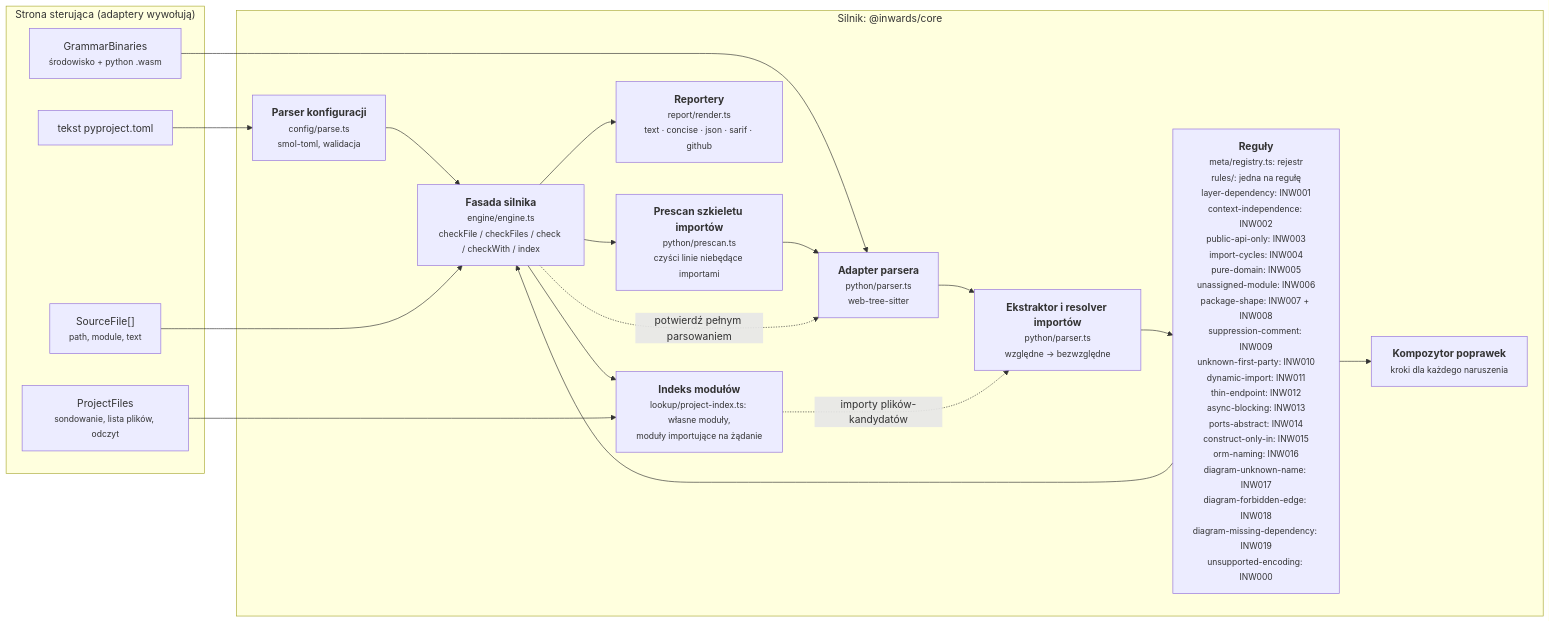
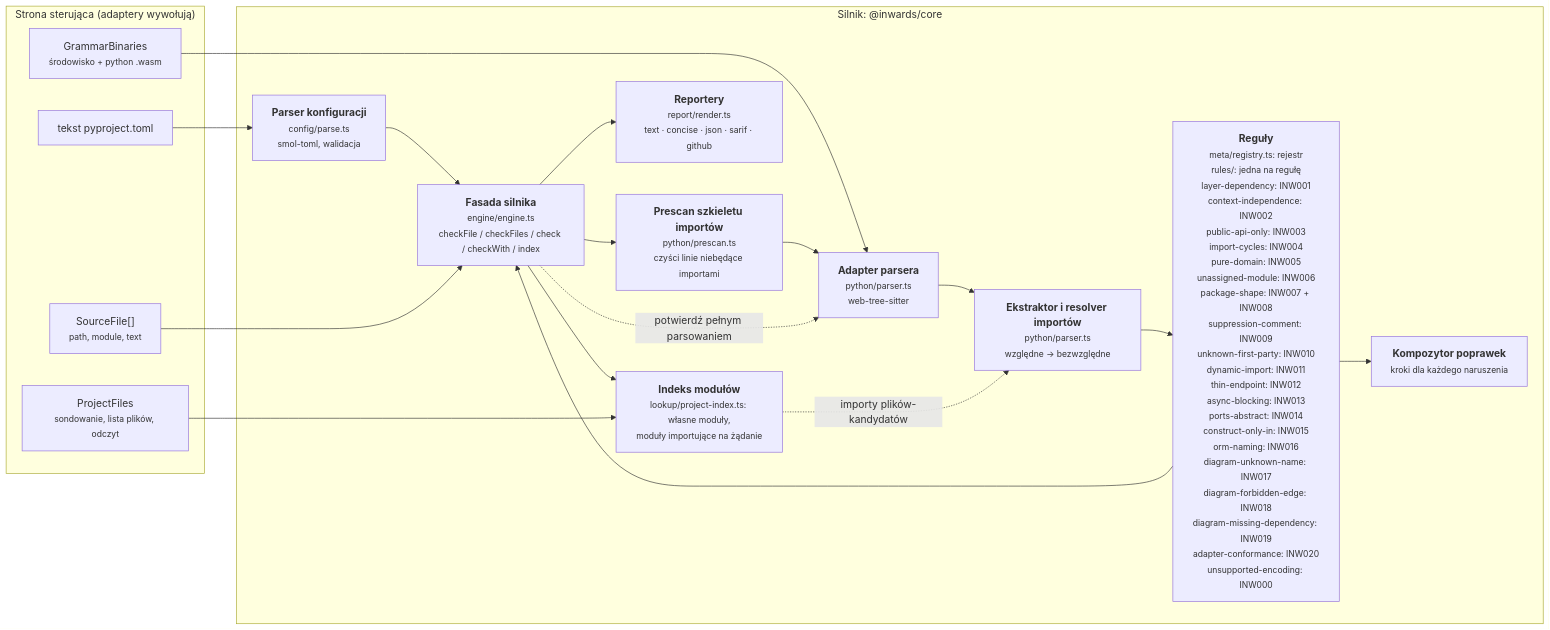
One commit to SirCypkowskyy/inwards changed the third of 6 diagrams in docs/pl/03-Architecture-C4.md. Above: the diagram before and after it, drawn with Mermaid. The commit also changed other lines of this file and 34 other files, not shown here.

````diff
--- a/docs/pl/03-Architecture-C4.md
+++ b/docs/pl/03-Architecture-C4.md
@@ -110,33 +110,33 @@
 ```mermaid
 flowchart LR
     subgraph driving["Strona sterująca (adaptery wywołują)"]
         files["SourceFile[]<br/><small>path, module, text</small>"]
         cfgtext["tekst pyproject.toml"]
         wasm["GrammarBinaries<br/><small>środowisko + python .wasm</small>"]
         pfiles["ProjectFiles<br/><small>sondowanie, lista plików, odczyt</small>"]
     end
 
     subgraph enginebox["Silnik: @inwards/core"]
         config["<b>Parser konfiguracji</b><br/><small>config/parse.ts<br/>smol-toml, walidacja</small>"]
         pre["<b>Prescan szkieletu importów</b><br/><small>python/prescan.ts<br/>czyści linie niebędące importami</small>"]
         parser["<b>Adapter parsera</b><br/><small>python/parser.ts<br/>web-tree-sitter</small>"]
         extract["<b>Ekstraktor i resolver importów</b><br/><small>python/parser.ts<br/>względne → bezwzględne</small>"]
-        rules["<b>Reguły</b><br/><small>meta/registry.ts: rejestr<br/>rules/: jedna na regułę<br/>layer-dependency: INW001<br/>context-independence: INW002<br/>public-api-only: INW003<br/>import-cycles: INW004<br/>pure-domain: INW005<br/>unassigned-module: INW006<br/>package-shape: INW007 + INW008<br/>suppression-comment: INW009<br/>unknown-first-party: INW010<br/>dynamic-import: INW011<br/>thin-endpoint: INW012<br/>async-blocking: INW013<br/>ports-abstract: INW014<br/>construct-only-in: INW015<br/>orm-naming: INW016<br/>diagram-unknown-name: INW017<br/>diagram-forbidden-edge: INW018<br/>diagram-missing-dependency: INW019<br/>unsupported-encoding: INW000</small>"]
+        rules["<b>Reguły</b><br/><small>meta/registry.ts: rejestr<br/>rules/: jedna na regułę<br/>layer-dependency: INW001<br/>context-independence: INW002<br/>public-api-only: INW003<br/>import-cycles: INW004<br/>pure-domain: INW005<br/>unassigned-module: INW006<br/>package-shape: INW007 + INW008<br/>suppression-comment: INW009<br/>unknown-first-party: INW010<br/>dynamic-import: INW011<br/>thin-endpoint: INW012<br/>async-blocking: INW013<br/>ports-abstract: INW014<br/>construct-only-in: INW015<br/>orm-naming: INW016<br/>diagram-unknown-name: INW017<br/>diagram-forbidden-edge: INW018<br/>diagram-missing-dependency: INW019<br/>adapter-conformance: INW020<br/>unsupported-encoding: INW000</small>"]
         fix["<b>Kompozytor poprawek</b><br/><small>kroki dla każdego naruszenia</small>"]
         report["<b>Reportery</b><br/><small>report/render.ts<br/>text · concise · json · sarif · github</small>"]
         engine["<b>Fasada silnika</b><br/><small>engine/engine.ts<br/>checkFile / checkFiles / check / checkWith / index</small>"]
         modgraph["<b>Indeks modułów</b><br/><small>lookup/project-index.ts: własne moduły,<br/>moduły importujące na żądanie</small>"]
     end
 
     cfgtext --> config --> engine
     wasm --> parser
     files --> engine
     engine --> pre --> parser --> extract --> rules
     rules --> fix
     rules --> engine
     engine -. "potwierdź pełnym parsowaniem" .-> parser
     engine --> modgraph
     pfiles --> modgraph
     modgraph -. "importy plików-kandydatów" .-> extract
     engine --> report
 ```
````
